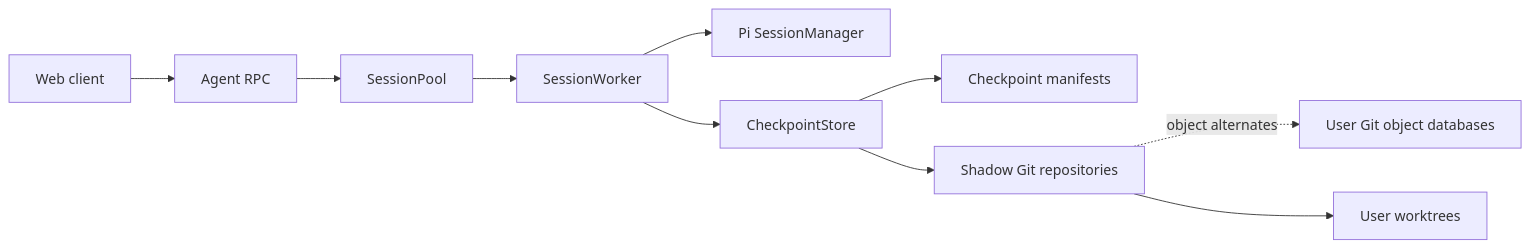
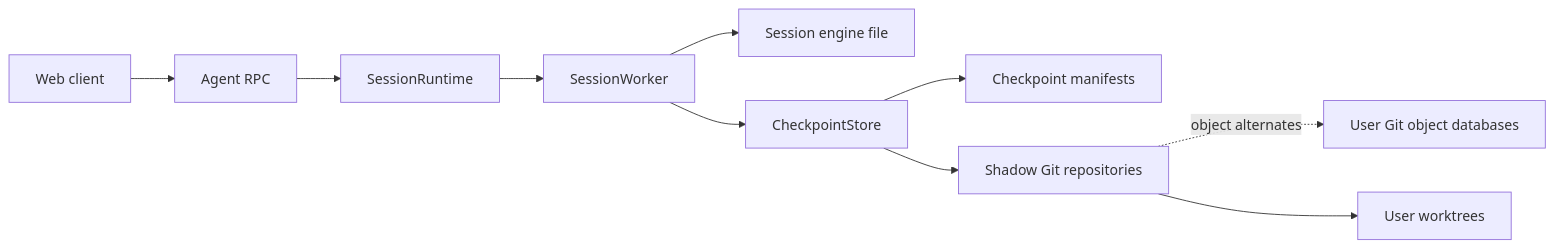
Before and after one commit to mattiacerutti/supernova: the first of 6 diagrams in docs/internal/checkpoint-system.md, drawn with Mermaid. The commit also changed other lines of this file and 413 other files, not shown here.

````diff
--- a/docs/internal/checkpoint-system.md
+++ b/docs/internal/checkpoint-system.md
@@ -16,12 +16,12 @@
 ```mermaid
 flowchart LR
   CLIENT[Web client] --> RPC[Agent RPC]
-  RPC --> POOL[SessionPool]
-  POOL --> RUNTIME[SessionWorker]
-  RUNTIME --> PI[Pi SessionManager]
+  RPC --> FEATURE[SessionRuntime]
+  FEATURE --> RUNTIME[SessionWorker]
+  RUNTIME --> PI[Session engine file]
   RUNTIME --> STORE[CheckpointStore]
   STORE --> MANIFESTS[Checkpoint manifests]
   STORE --> SHADOWS[Shadow Git repositories]
   SHADOWS -. object alternates .-> SOURCE[User Git object databases]
   SHADOWS --> WORKTREES[User worktrees]
 ```
````
